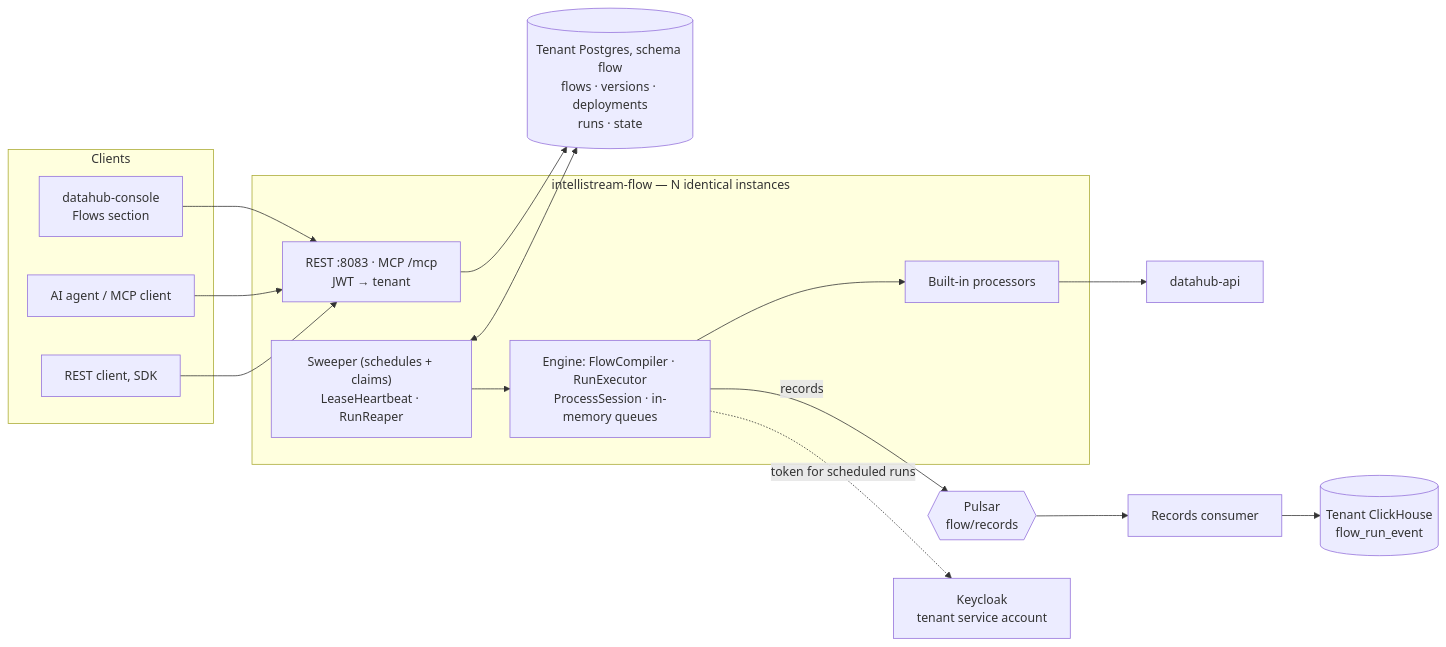
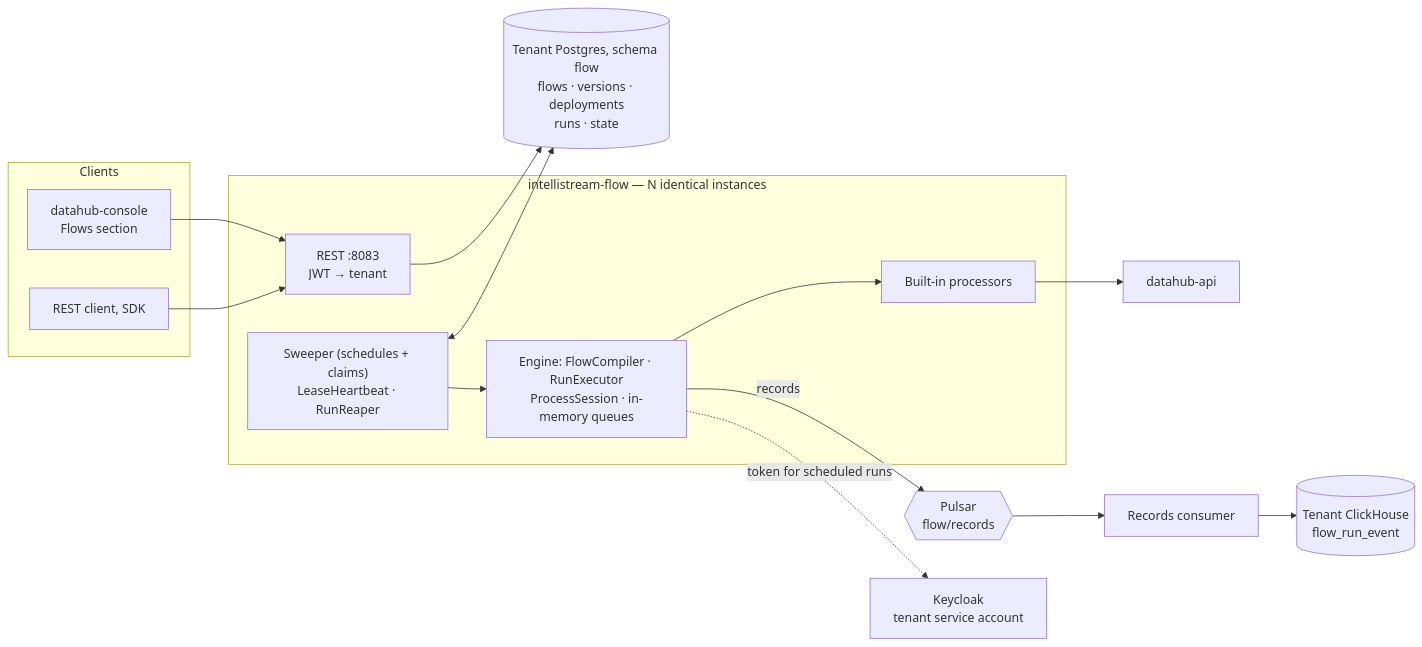
Before and after one commit to IntelliStream-DataHub/datahub-platform: the diagram in INTELLISTREAM_FLOW_PLAN.md, drawn with Mermaid. The commit also changed other lines of this file, not shown here.

First line of the commit message:
docs(flow-plan): failure events, preview, sinks, retention, authoring

````diff
--- a/INTELLISTREAM_FLOW_PLAN.md
+++ b/INTELLISTREAM_FLOW_PLAN.md
@@ -149,28 +150,26 @@
 ```mermaid
 flowchart LR
   subgraph CLIENTS["Clients"]
     Console["datahub-console<br/>Flows section"]
-    Agent["AI agent / MCP client"]
     Ext["REST client, SDK"]
   end
   subgraph FLOW["intellistream-flow — N identical instances"]
-    API["REST :8083 · MCP /mcp<br/>JWT → tenant"]
+    API["REST :8083<br/>JWT → tenant"]
     DISP["Sweeper (schedules + claims)<br/>LeaseHeartbeat · RunReaper"]
     ENG["Engine: FlowCompiler · RunExecutor<br/>ProcessSession · in-memory queues"]
     PROC["Built-in processors"]
   end
   PG[("Tenant Postgres, schema flow<br/>flows · versions · deployments<br/>runs · state")]
   CH[("Tenant ClickHouse<br/>flow_run_event")]
   DH["datahub-api"]
   KC["Keycloak<br/>tenant service account"]
 
   Console --> API
-  Agent --> API
   Ext --> API
   API --> PG
   DISP <--> PG
   DISP --> ENG --> PROC --> DH
   PUL{{"Pulsar<br/>flow/records"}}
   ENG -- "records" --> PUL --> REC["Records consumer"] --> CH
   ENG -. "token for scheduled runs" .-> KC
 ```
````
